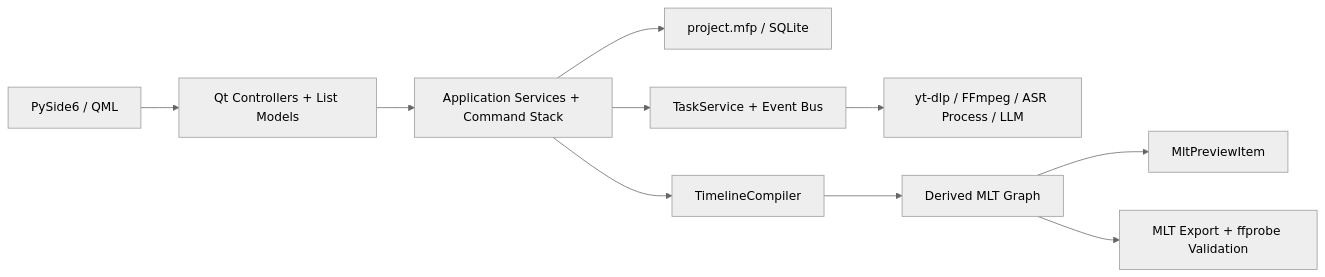
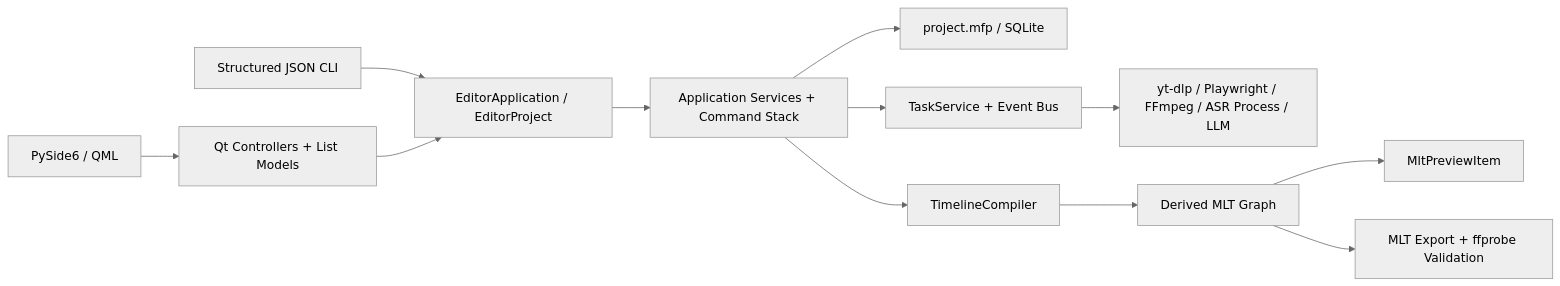
One commit to CheshireMew/MediaFlow-Pro changed the diagram in ARCHITECTURE.md. Above: the diagram before and after it, drawn with Mermaid (neutral theme). The commit also changed other lines of this file and 183 other files, not shown here.

````diff
--- a/ARCHITECTURE.md
+++ b/ARCHITECTURE.md
@@ -11,12 +13,14 @@
 ```mermaid
 flowchart LR
     QML["PySide6 / QML"] --> CTRL["Qt Controllers + List Models"]
-    CTRL --> APP["Application Services + Command Stack"]
+    CLI["Structured JSON CLI"] --> API["EditorApplication / EditorProject"]
+    CTRL --> API
+    API --> APP["Application Services + Command Stack"]
     APP --> DB["project.mfp / SQLite"]
     APP --> TASK["TaskService + Event Bus"]
-    TASK --> IO["yt-dlp / FFmpeg / ASR Process / LLM"]
+    TASK --> IO["yt-dlp / Playwright / FFmpeg / ASR Process / LLM"]
     APP --> COMPILER["TimelineCompiler"]
     COMPILER --> XML["Derived MLT Graph"]
     XML --> PREVIEW["MltPreviewItem"]
     XML --> EXPORT["MLT Export + ffprobe Validation"]
 ```
````
